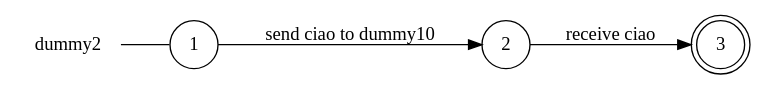
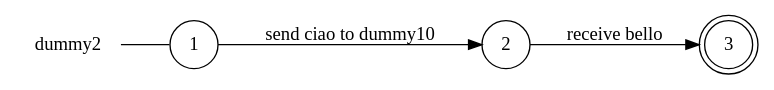
Before and after one commit to gabrielegenovese/chorer: the diagram in examples/async/dummy2_local_view.dot, drawn with Graphviz. The commit also changed 12 other files, not shown here.

```diff
--- a/examples/async/dummy2_local_view.dot
+++ b/examples/async/dummy2_local_view.dot
@@ -1,11 +1,11 @@
 digraph dummy2 {
 	rankdir="LR";
 	n_0 [label="dummy2", shape="plaintext"];
 	n_1 [id="1", shape=circle, label="1"];
 	n_0 -> n_1 [arrowhead=none];
 	n_2 [id="2", shape=circle, label="2"];
 	n_3 [id="3", shape=doublecircle, label="3"];
 
 	n_1 -> n_2 [id="[$e|1]", label="send ciao to dummy10"];
-	n_2 -> n_3 [id="[$e|0]", label="receive ciao"];
+	n_2 -> n_3 [id="[$e|0]", label="receive bello"];
 }
```
